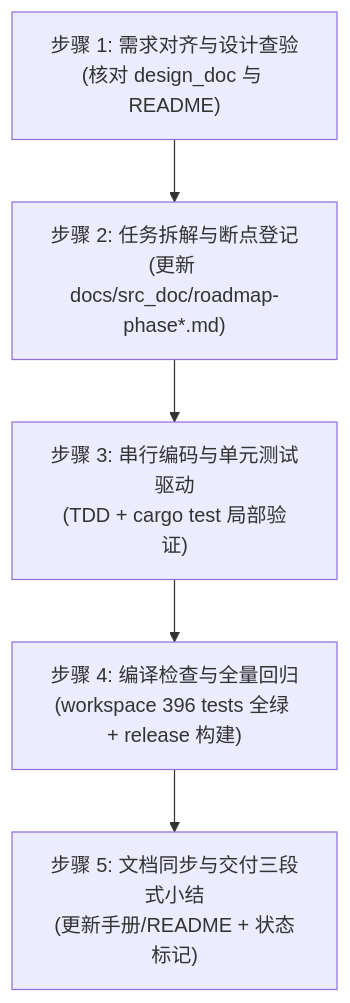
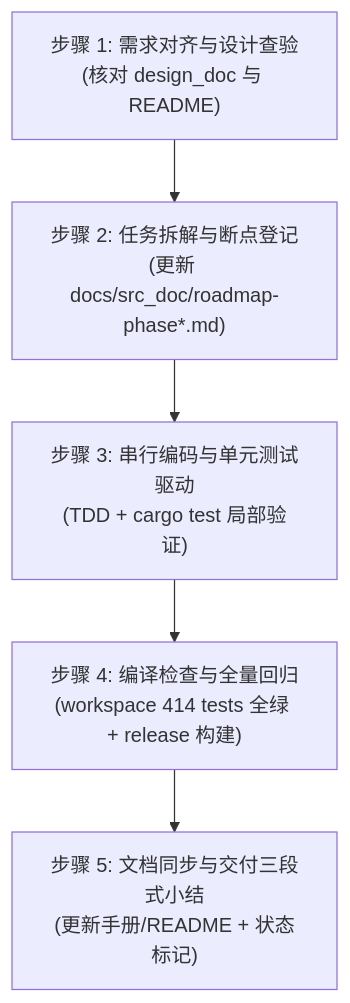
One commit to digoal/agent-body changed the diagram in skills/agent-body-developer/SKILL.md. Above: the diagram before and after it, drawn with Mermaid. The commit also changed other lines of this file and 11 other files, not shown here.

````diff
--- a/skills/agent-body-developer/SKILL.md
+++ b/skills/agent-body-developer/SKILL.md
@@ -114,7 +116,7 @@
 ```mermaid
 flowchart TD
     A["步骤 1: 需求对齐与设计查验<br/>(核对 design_doc 与 README)"] --> B["步骤 2: 任务拆解与断点登记<br/>(更新 docs/src_doc/roadmap-phase*.md)"]
     B --> C["步骤 3: 串行编码与单元测试驱动<br/>(TDD + cargo test 局部验证)"]
-    C --> D["步骤 4: 编译检查与全量回归<br/>(workspace 396 tests 全绿 + release 构建)"]
+    C --> D["步骤 4: 编译检查与全量回归<br/>(workspace 414 tests 全绿 + release 构建)"]
     D --> E["步骤 5: 文档同步与交付三段式小结<br/>(更新手册/README + 状态标记)"]
 ```
````
